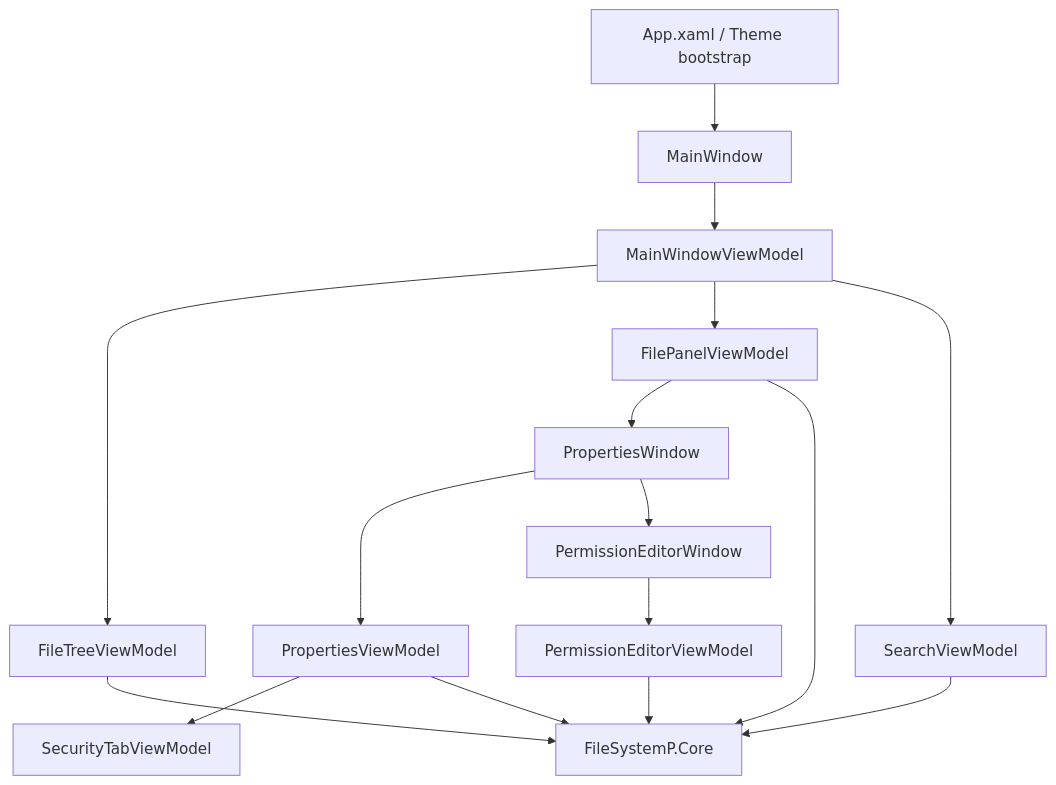
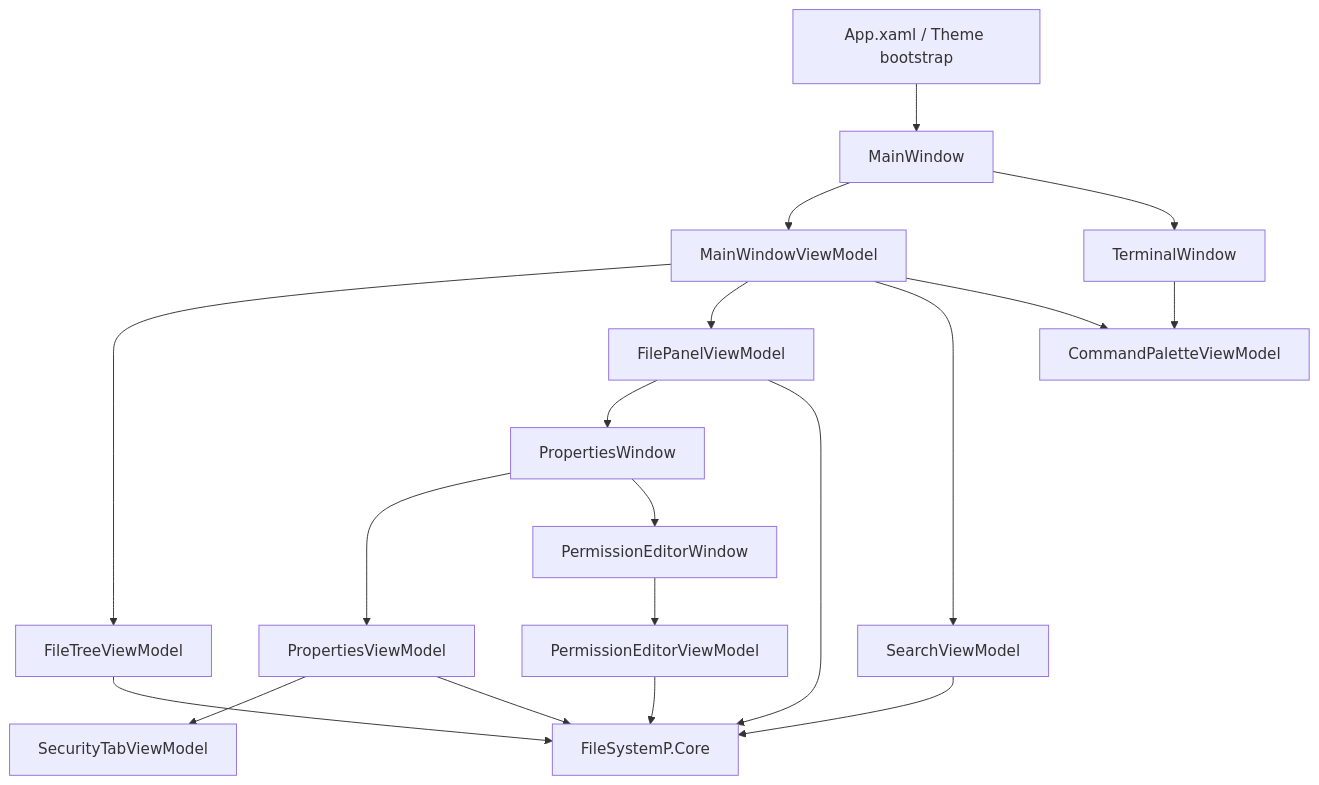
The first of 2 diagrams in docs/architecture.md (vpro3611/ffsystem), drawn with Mermaid before and after one commit. The commit also changed other lines of this file and 3 other files, not shown here.

````diff
--- a/docs/architecture.md
+++ b/docs/architecture.md
@@ -15,19 +15,22 @@
 ```mermaid
 flowchart TD
     App["App.xaml / Theme bootstrap"] --> Main["MainWindow"]
     Main --> MainVM["MainWindowViewModel"]
     MainVM --> TreeVM["FileTreeViewModel"]
     MainVM --> PanelVM["FilePanelViewModel"]
     MainVM --> SearchVM["SearchViewModel"]
+    MainVM --> TerminalVM["CommandPaletteViewModel"]
+    Main --> TerminalWindow["TerminalWindow"]
+    TerminalWindow --> TerminalVM
     PanelVM --> PropsWindow["PropertiesWindow"]
     PropsWindow --> PropsVM["PropertiesViewModel"]
     PropsVM --> SecurityVM["SecurityTabViewModel"]
     PropsWindow --> PermWindow["PermissionEditorWindow"]
     PermWindow --> PermVM["PermissionEditorViewModel"]
 
     TreeVM --> Core["FileSystemP.Core"]
     PanelVM --> Core
     SearchVM --> Core
     PropsVM --> Core
     PermVM --> Core
 ```
````
